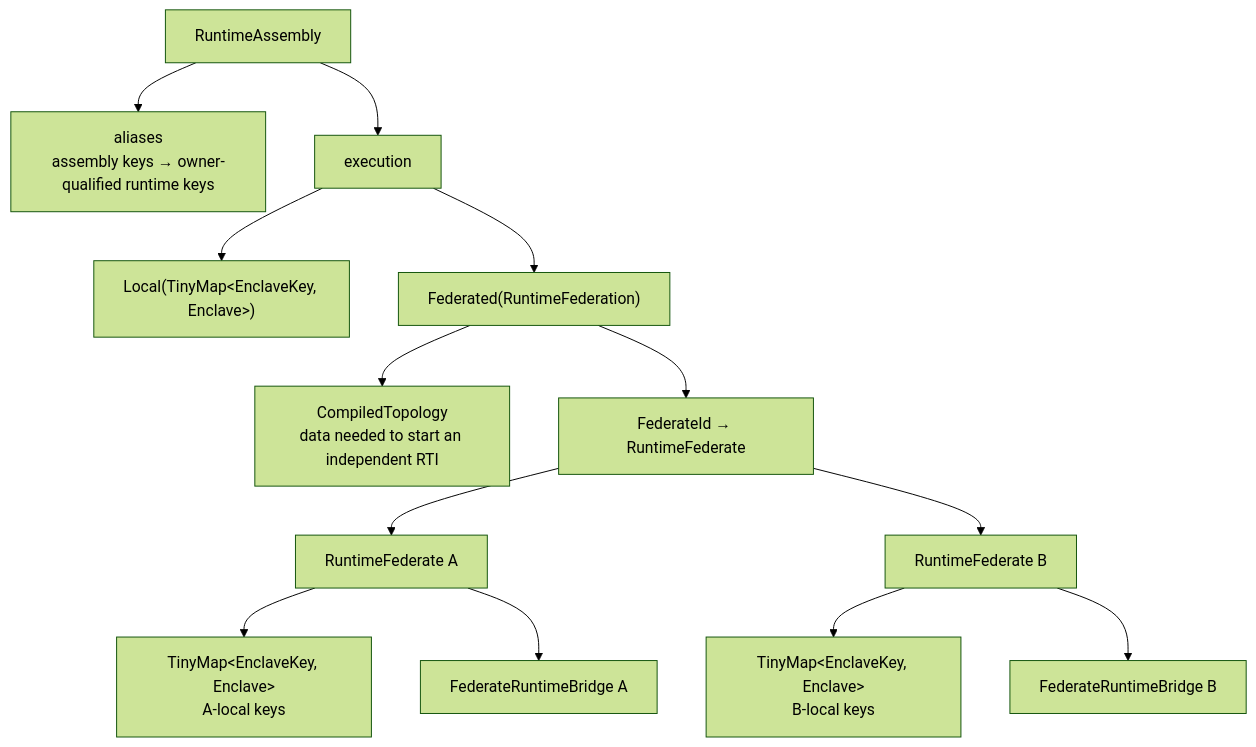
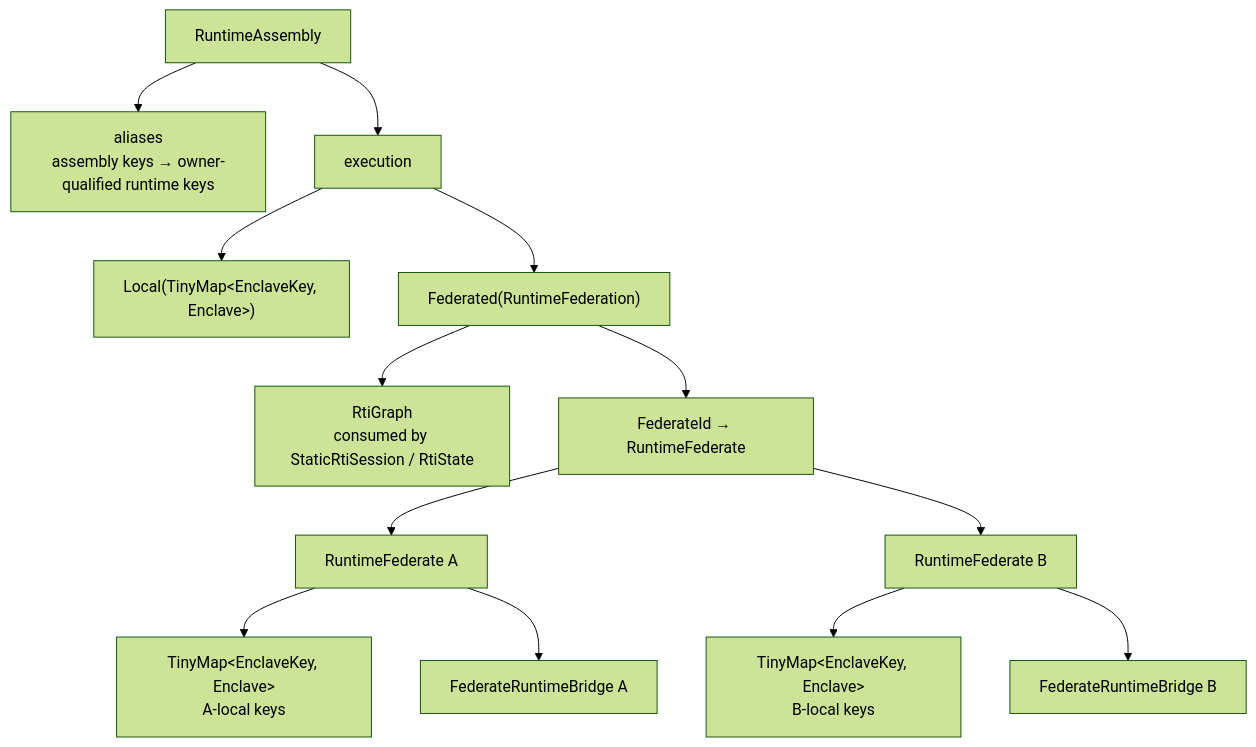
Before and after one commit to jondo2010/boomerang: the second of 2 diagrams in docs/federated-runtime.md, drawn with Mermaid (forest theme). The commit also changed other lines of this file and 1 other file, not shown here.

Commit message:
docs: describe federated RTI phase boundaries

````diff
--- a/docs/federated-runtime.md
+++ b/docs/federated-runtime.md
@@ -51,29 +51,29 @@
 ```mermaid
 flowchart TB
     runtime_assembly["RuntimeAssembly"]
     aliases["aliases<br/>assembly keys → owner-qualified runtime keys"]
     execution["execution"]
     local["Local(TinyMap&lt;EnclaveKey, Enclave&gt;)"]
     federated["Federated(RuntimeFederation)"]
-    topology["CompiledTopology<br/>data needed to start an independent RTI"]
+    rti_graph["RtiGraph<br/>consumed by StaticRtiSession / RtiState"]
     runtime_federates["FederateId → RuntimeFederate"]
     federate_a["RuntimeFederate A"]
     federate_b["RuntimeFederate B"]
     enclaves_a["TinyMap&lt;EnclaveKey, Enclave&gt;<br/>A-local keys"]
     enclaves_b["TinyMap&lt;EnclaveKey, Enclave&gt;<br/>B-local keys"]
     bridge_a["FederateRuntimeBridge A"]
     bridge_b["FederateRuntimeBridge B"]
 
     runtime_assembly --> aliases
     runtime_assembly --> execution
     execution --> local
     execution --> federated
-    federated --> topology
+    federated --> rti_graph
     federated --> runtime_federates
     runtime_federates --> federate_a
     runtime_federates --> federate_b
     federate_a --> enclaves_a
     federate_b --> enclaves_b
     federate_a --> bridge_a
     federate_b --> bridge_b
 ```
````
